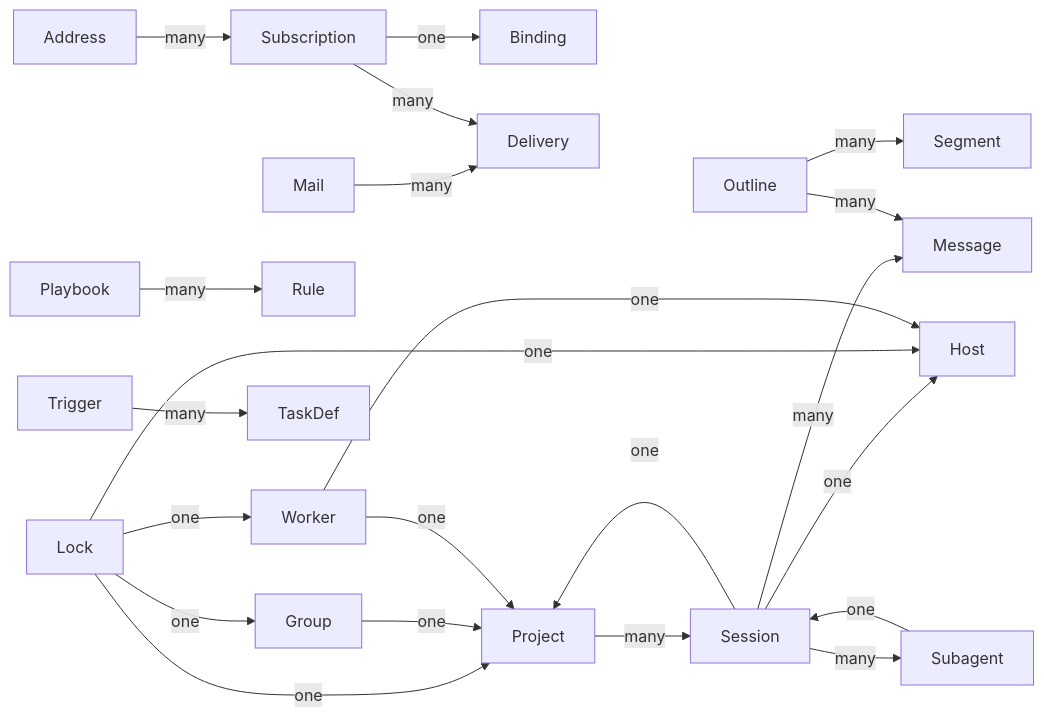
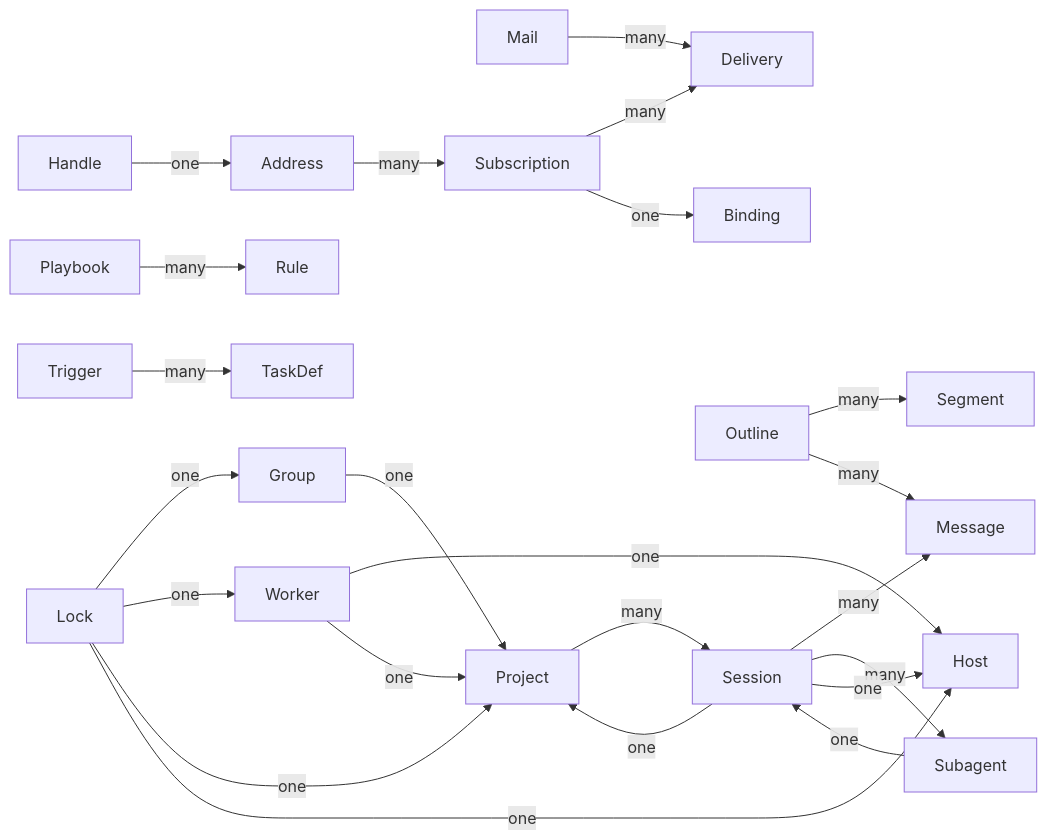
Before and after one commit to mistakenot/auto-stack: the diagram in docs/concepts/UBIQUITOUS_LANGUAGE.md, drawn with Mermaid. The commit also changed other lines of this file and 34 other files, not shown here.

````diff
--- a/docs/concepts/UBIQUITOUS_LANGUAGE.md
+++ b/docs/concepts/UBIQUITOUS_LANGUAGE.md
@@ -15,43 +15,45 @@
 ```mermaid
 flowchart LR
     Address["Address"]
     Binding["Binding"]
     Delivery["Delivery"]
     Group["Group"]
+    Handle["Handle"]
     Host["Host"]
     Lock["Lock"]
     Mail["Mail"]
     Message["Message"]
     Outline["Outline"]
     Playbook["Playbook"]
     Project["Project"]
     Rule["Rule"]
     Segment["Segment"]
     Session["Session"]
     Subagent["Subagent"]
     Subscription["Subscription"]
     TaskDef["TaskDef"]
     Trigger["Trigger"]
     Worker["Worker"]
     Session -->|many| Message
     Session -->|many| Subagent
     Session -->|one| Host
     Session -->|one| Project
     Subagent -->|one| Session
     Project -->|many| Session
     Outline -->|many| Segment
     Outline -->|many| Message
     Playbook -->|many| Rule
     Trigger -->|many| TaskDef
     Mail -->|many| Delivery
     Address -->|many| Subscription
     Subscription -->|many| Delivery
     Subscription -->|one| Binding
+    Handle -->|one| Address
     Lock -->|one| Group
     Lock -->|one| Worker
     Lock -->|one| Project
     Lock -->|one| Host
     Group -->|one| Project
     Worker -->|one| Host
     Worker -->|one| Project
 ```
````
